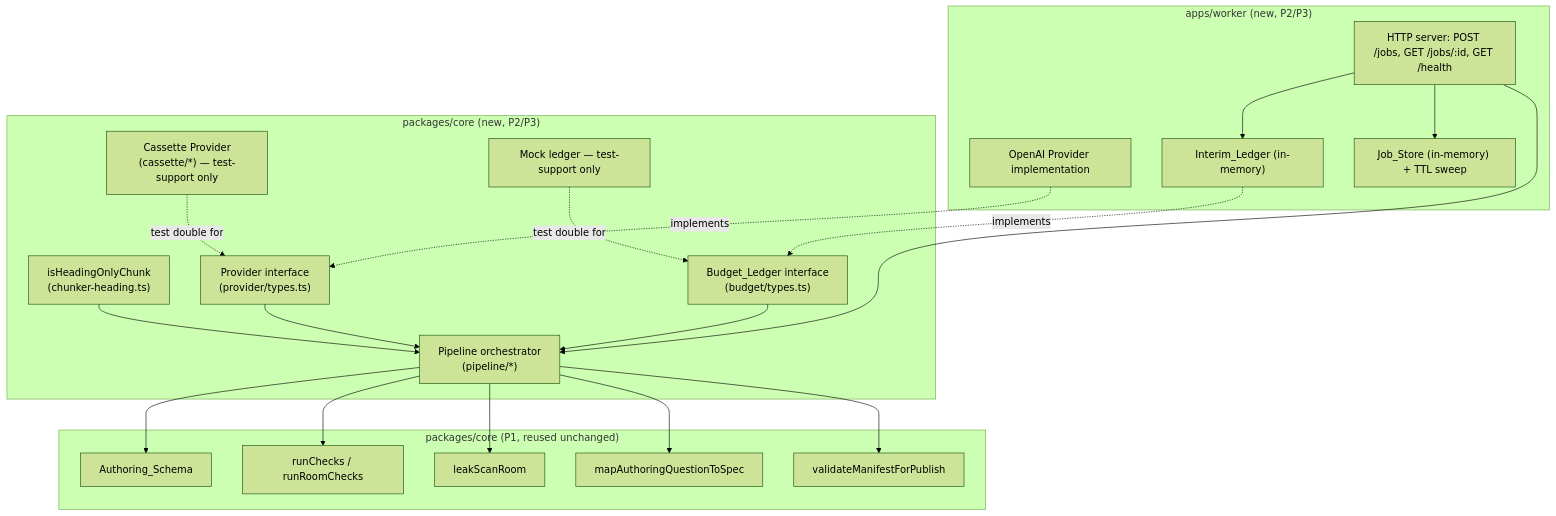
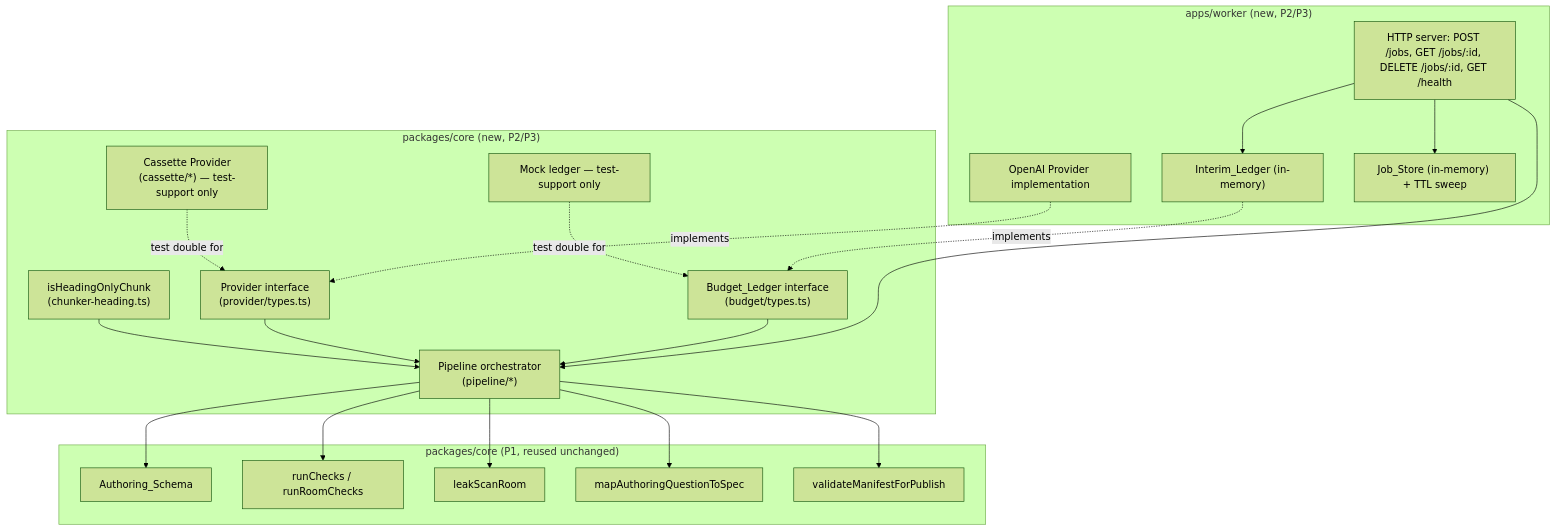
The third of 5 diagrams in .kiro/specs/generation-and-evaluation/design.md (NotUmesh/escape-the-crypt), drawn with Mermaid (forest theme) before and after one commit. The commit also changed other lines of this file and 48 other files, not shown here.

````diff
--- a/.kiro/specs/generation-and-evaluation/design.md
+++ b/.kiro/specs/generation-and-evaluation/design.md
@@ -844,40 +846,40 @@
 ```mermaid
 flowchart TB
   subgraph core["packages/core (new, P2/P3)"]
     PV["Provider interface\n(provider/types.ts)"]
     CAS["Cassette Provider\n(cassette/*) — test-support only"]
     LED["Budget_Ledger interface\n(budget/types.ts)"]
     MOCK["Mock ledger — test-support only"]
     PIPE["Pipeline orchestrator\n(pipeline/*)"]
     HEAD["isHeadingOnlyChunk\n(chunker-heading.ts)"]
   end
   subgraph existing["packages/core (P1, reused unchanged)"]
     AQ["Authoring_Schema"]
     RC["runChecks / runRoomChecks"]
     LS["leakScanRoom"]
     MM["mapAuthoringQuestionToSpec"]
     VP["validateManifestForPublish"]
   end
   subgraph worker["apps/worker (new, P2/P3)"]
-    HTTP["HTTP server: POST /jobs, GET /jobs/:id, GET /health"]
+    HTTP["HTTP server: POST /jobs, GET /jobs/:id, DELETE /jobs/:id, GET /health"]
     OAI["OpenAI Provider implementation"]
     RLED["Interim_Ledger (in-memory)"]
     STORE["Job_Store (in-memory) + TTL sweep"]
   end
 
   HEAD --> PIPE
   PV --> PIPE
   LED --> PIPE
   PIPE --> AQ
   PIPE --> RC
   PIPE --> LS
   PIPE --> MM
   PIPE --> VP
   CAS -.test double for.-> PV
   MOCK -.test double for.-> LED
   HTTP --> PIPE
   HTTP --> STORE
   OAI -. implements .-> PV
   RLED -. implements .-> LED
   HTTP --> RLED
 ```
````
